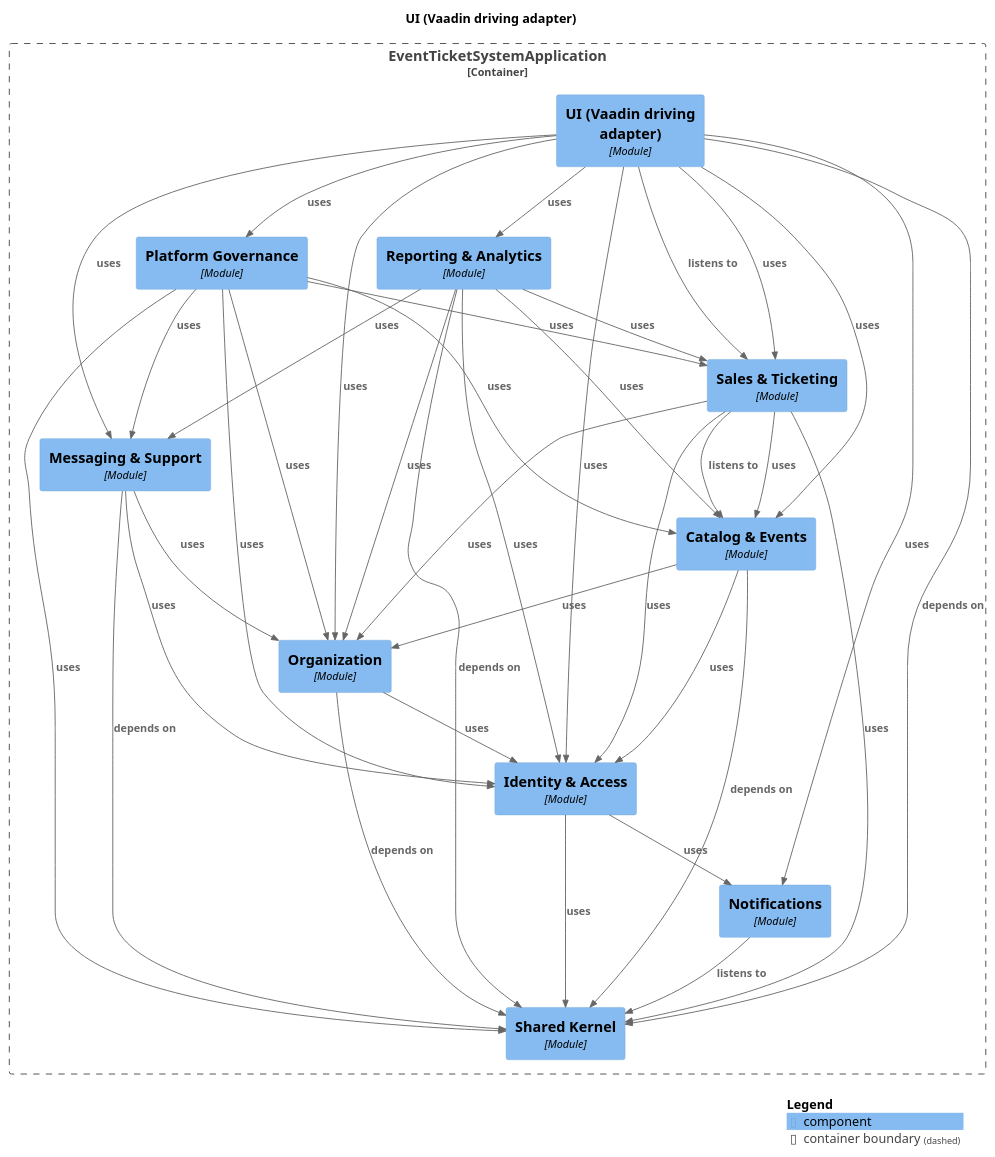
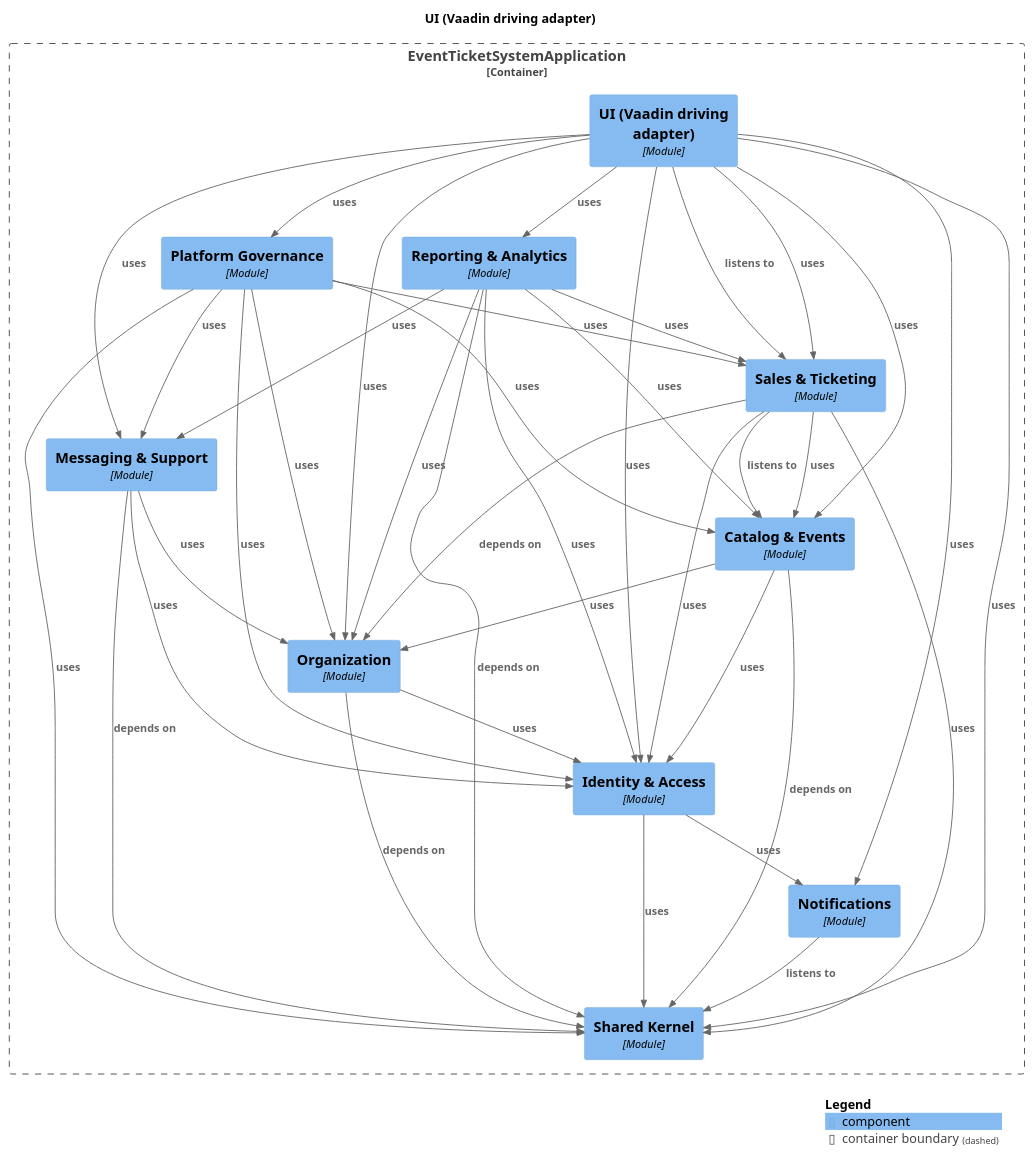
One commit to NaimElijah/Ticketeer changed the diagram in docs/architecture/module-ui.puml. Above: the diagram before and after it, drawn with PlantUML. The commit also changed 16 other files, not shown here.

First line of the commit message:
docs(architecture): refresh the Modulith snapshot

```diff
--- a/docs/architecture/module-ui.puml
+++ b/docs/architecture/module-ui.puml
@@ -1,64 +1,64 @@
 @startuml
 set separator none
 title UI (Vaadin driving adapter)
 
 top to bottom direction
 
 !include <C4/C4>
 !include <C4/C4_Context>
 !include <C4/C4_Component>
 
 Container_Boundary("EventTicketSystemApplication.EventTicketSystemApplication_boundary", "EventTicketSystemApplication", $tags="") {
   Component(EventTicketSystemApplication.EventTicketSystemApplication.PlatformGovernance, "Platform Governance", $techn="Module", $descr="", $tags="", $link="")
   Component(EventTicketSystemApplication.EventTicketSystemApplication.ReportingAnalytics, "Reporting & Analytics", $techn="Module", $descr="", $tags="", $link="")
   Component(EventTicketSystemApplication.EventTicketSystemApplication.UIVaadindrivingadapter, "UI (Vaadin driving adapter)", $techn="Module", $descr="", $tags="", $link="")
   Component(EventTicketSystemApplication.EventTicketSystemApplication.SharedKernel, "Shared Kernel", $techn="Module", $descr="", $tags="", $link="")
   Component(EventTicketSystemApplication.EventTicketSystemApplication.Notifications, "Notifications", $techn="Module", $descr="", $tags="", $link="")
   Component(EventTicketSystemApplication.EventTicketSystemApplication.IdentityAccess, "Identity & Access", $techn="Module", $descr="", $tags="", $link="")
   Component(EventTicketSystemApplication.EventTicketSystemApplication.Organization, "Organization", $techn="Module", $descr="", $tags="", $link="")
   Component(EventTicketSystemApplication.EventTicketSystemApplication.CatalogEvents, "Catalog & Events", $techn="Module", $descr="", $tags="", $link="")
   Component(EventTicketSystemApplication.EventTicketSystemApplication.MessagingSupport, "Messaging & Support", $techn="Module", $descr="", $tags="", $link="")
   Component(EventTicketSystemApplication.EventTicketSystemApplication.SalesTicketing, "Sales & Ticketing", $techn="Module", $descr="", $tags="", $link="")
 }
 
-Rel(EventTicketSystemApplication.EventTicketSystemApplication.CatalogEvents, EventTicketSystemApplication.EventTicketSystemApplication.SharedKernel, "depends on", $techn="", $tags="", $link="")
-Rel(EventTicketSystemApplication.EventTicketSystemApplication.CatalogEvents, EventTicketSystemApplication.EventTicketSystemApplication.IdentityAccess, "uses", $techn="", $tags="", $link="")
-Rel(EventTicketSystemApplication.EventTicketSystemApplication.CatalogEvents, EventTicketSystemApplication.EventTicketSystemApplication.Organization, "uses", $techn="", $tags="", $link="")
+Rel(EventTicketSystemApplication.EventTicketSystemApplication.SalesTicketing, EventTicketSystemApplication.EventTicketSystemApplication.IdentityAccess, "uses", $techn="", $tags="", $link="")
+Rel(EventTicketSystemApplication.EventTicketSystemApplication.Notifications, EventTicketSystemApplication.EventTicketSystemApplication.SharedKernel, "listens to", $techn="", $tags="", $link="")
 Rel(EventTicketSystemApplication.EventTicketSystemApplication.PlatformGovernance, EventTicketSystemApplication.EventTicketSystemApplication.IdentityAccess, "uses", $techn="", $tags="", $link="")
 Rel(EventTicketSystemApplication.EventTicketSystemApplication.PlatformGovernance, EventTicketSystemApplication.EventTicketSystemApplication.SalesTicketing, "uses", $techn="", $tags="", $link="")
 Rel(EventTicketSystemApplication.EventTicketSystemApplication.PlatformGovernance, EventTicketSystemApplication.EventTicketSystemApplication.CatalogEvents, "uses", $techn="", $tags="", $link="")
 Rel(EventTicketSystemApplication.EventTicketSystemApplication.PlatformGovernance, EventTicketSystemApplication.EventTicketSystemApplication.Organization, "uses", $techn="", $tags="", $link="")
 Rel(EventTicketSystemApplication.EventTicketSystemApplication.PlatformGovernance, EventTicketSystemApplication.EventTicketSystemApplication.SharedKernel, "uses", $techn="", $tags="", $link="")
 Rel(EventTicketSystemApplication.EventTicketSystemApplication.PlatformGovernance, EventTicketSystemApplication.EventTicketSystemApplication.MessagingSupport, "uses", $techn="", $tags="", $link="")
+Rel(EventTicketSystemApplication.EventTicketSystemApplication.Organization, EventTicketSystemApplication.EventTicketSystemApplication.SharedKernel, "depends on", $techn="", $tags="", $link="")
+Rel(EventTicketSystemApplication.EventTicketSystemApplication.Organization, EventTicketSystemApplication.EventTicketSystemApplication.IdentityAccess, "uses", $techn="", $tags="", $link="")
 Rel(EventTicketSystemApplication.EventTicketSystemApplication.MessagingSupport, EventTicketSystemApplication.EventTicketSystemApplication.SharedKernel, "depends on", $techn="", $tags="", $link="")
 Rel(EventTicketSystemApplication.EventTicketSystemApplication.MessagingSupport, EventTicketSystemApplication.EventTicketSystemApplication.IdentityAccess, "uses", $techn="", $tags="", $link="")
 Rel(EventTicketSystemApplication.EventTicketSystemApplication.MessagingSupport, EventTicketSystemApplication.EventTicketSystemApplication.Organization, "uses", $techn="", $tags="", $link="")
-Rel(EventTicketSystemApplication.EventTicketSystemApplication.SalesTicketing, EventTicketSystemApplication.EventTicketSystemApplication.CatalogEvents, "listens to", $techn="", $tags="", $link="")
-Rel(EventTicketSystemApplication.EventTicketSystemApplication.SalesTicketing, EventTicketSystemApplication.EventTicketSystemApplication.SharedKernel, "uses", $techn="", $tags="", $link="")
-Rel(EventTicketSystemApplication.EventTicketSystemApplication.SalesTicketing, EventTicketSystemApplication.EventTicketSystemApplication.CatalogEvents, "uses", $techn="", $tags="", $link="")
-Rel(EventTicketSystemApplication.EventTicketSystemApplication.SalesTicketing, EventTicketSystemApplication.EventTicketSystemApplication.IdentityAccess, "uses", $techn="", $tags="", $link="")
-Rel(EventTicketSystemApplication.EventTicketSystemApplication.SalesTicketing, EventTicketSystemApplication.EventTicketSystemApplication.Organization, "uses", $techn="", $tags="", $link="")
-Rel(EventTicketSystemApplication.EventTicketSystemApplication.IdentityAccess, EventTicketSystemApplication.EventTicketSystemApplication.Notifications, "uses", $techn="", $tags="", $link="")
-Rel(EventTicketSystemApplication.EventTicketSystemApplication.IdentityAccess, EventTicketSystemApplication.EventTicketSystemApplication.SharedKernel, "uses", $techn="", $tags="", $link="")
-Rel(EventTicketSystemApplication.EventTicketSystemApplication.Notifications, EventTicketSystemApplication.EventTicketSystemApplication.SharedKernel, "listens to", $techn="", $tags="", $link="")
-Rel(EventTicketSystemApplication.EventTicketSystemApplication.Organization, EventTicketSystemApplication.EventTicketSystemApplication.SharedKernel, "depends on", $techn="", $tags="", $link="")
-Rel(EventTicketSystemApplication.EventTicketSystemApplication.Organization, EventTicketSystemApplication.EventTicketSystemApplication.IdentityAccess, "uses", $techn="", $tags="", $link="")
 Rel(EventTicketSystemApplication.EventTicketSystemApplication.ReportingAnalytics, EventTicketSystemApplication.EventTicketSystemApplication.SharedKernel, "depends on", $techn="", $tags="", $link="")
 Rel(EventTicketSystemApplication.EventTicketSystemApplication.ReportingAnalytics, EventTicketSystemApplication.EventTicketSystemApplication.CatalogEvents, "uses", $techn="", $tags="", $link="")
 Rel(EventTicketSystemApplication.EventTicketSystemApplication.ReportingAnalytics, EventTicketSystemApplication.EventTicketSystemApplication.SalesTicketing, "uses", $techn="", $tags="", $link="")
 Rel(EventTicketSystemApplication.EventTicketSystemApplication.ReportingAnalytics, EventTicketSystemApplication.EventTicketSystemApplication.MessagingSupport, "uses", $techn="", $tags="", $link="")
 Rel(EventTicketSystemApplication.EventTicketSystemApplication.ReportingAnalytics, EventTicketSystemApplication.EventTicketSystemApplication.Organization, "uses", $techn="", $tags="", $link="")
 Rel(EventTicketSystemApplication.EventTicketSystemApplication.ReportingAnalytics, EventTicketSystemApplication.EventTicketSystemApplication.IdentityAccess, "uses", $techn="", $tags="", $link="")
 Rel(EventTicketSystemApplication.EventTicketSystemApplication.UIVaadindrivingadapter, EventTicketSystemApplication.EventTicketSystemApplication.SalesTicketing, "listens to", $techn="", $tags="", $link="")
-Rel(EventTicketSystemApplication.EventTicketSystemApplication.UIVaadindrivingadapter, EventTicketSystemApplication.EventTicketSystemApplication.SharedKernel, "depends on", $techn="", $tags="", $link="")
 Rel(EventTicketSystemApplication.EventTicketSystemApplication.UIVaadindrivingadapter, EventTicketSystemApplication.EventTicketSystemApplication.SalesTicketing, "uses", $techn="", $tags="", $link="")
 Rel(EventTicketSystemApplication.EventTicketSystemApplication.UIVaadindrivingadapter, EventTicketSystemApplication.EventTicketSystemApplication.IdentityAccess, "uses", $techn="", $tags="", $link="")
+Rel(EventTicketSystemApplication.EventTicketSystemApplication.UIVaadindrivingadapter, EventTicketSystemApplication.EventTicketSystemApplication.PlatformGovernance, "uses", $techn="", $tags="", $link="")
 Rel(EventTicketSystemApplication.EventTicketSystemApplication.UIVaadindrivingadapter, EventTicketSystemApplication.EventTicketSystemApplication.ReportingAnalytics, "uses", $techn="", $tags="", $link="")
 Rel(EventTicketSystemApplication.EventTicketSystemApplication.UIVaadindrivingadapter, EventTicketSystemApplication.EventTicketSystemApplication.Organization, "uses", $techn="", $tags="", $link="")
-Rel(EventTicketSystemApplication.EventTicketSystemApplication.UIVaadindrivingadapter, EventTicketSystemApplication.EventTicketSystemApplication.PlatformGovernance, "uses", $techn="", $tags="", $link="")
 Rel(EventTicketSystemApplication.EventTicketSystemApplication.UIVaadindrivingadapter, EventTicketSystemApplication.EventTicketSystemApplication.CatalogEvents, "uses", $techn="", $tags="", $link="")
+Rel(EventTicketSystemApplication.EventTicketSystemApplication.UIVaadindrivingadapter, EventTicketSystemApplication.EventTicketSystemApplication.SharedKernel, "uses", $techn="", $tags="", $link="")
 Rel(EventTicketSystemApplication.EventTicketSystemApplication.UIVaadindrivingadapter, EventTicketSystemApplication.EventTicketSystemApplication.MessagingSupport, "uses", $techn="", $tags="", $link="")
 Rel(EventTicketSystemApplication.EventTicketSystemApplication.UIVaadindrivingadapter, EventTicketSystemApplication.EventTicketSystemApplication.Notifications, "uses", $techn="", $tags="", $link="")
+Rel(EventTicketSystemApplication.EventTicketSystemApplication.CatalogEvents, EventTicketSystemApplication.EventTicketSystemApplication.SharedKernel, "depends on", $techn="", $tags="", $link="")
+Rel(EventTicketSystemApplication.EventTicketSystemApplication.CatalogEvents, EventTicketSystemApplication.EventTicketSystemApplication.IdentityAccess, "uses", $techn="", $tags="", $link="")
+Rel(EventTicketSystemApplication.EventTicketSystemApplication.CatalogEvents, EventTicketSystemApplication.EventTicketSystemApplication.Organization, "uses", $techn="", $tags="", $link="")
+Rel(EventTicketSystemApplication.EventTicketSystemApplication.IdentityAccess, EventTicketSystemApplication.EventTicketSystemApplication.Notifications, "uses", $techn="", $tags="", $link="")
+Rel(EventTicketSystemApplication.EventTicketSystemApplication.IdentityAccess, EventTicketSystemApplication.EventTicketSystemApplication.SharedKernel, "uses", $techn="", $tags="", $link="")
+Rel(EventTicketSystemApplication.EventTicketSystemApplication.SalesTicketing, EventTicketSystemApplication.EventTicketSystemApplication.CatalogEvents, "listens to", $techn="", $tags="", $link="")
+Rel(EventTicketSystemApplication.EventTicketSystemApplication.SalesTicketing, EventTicketSystemApplication.EventTicketSystemApplication.Organization, "depends on", $techn="", $tags="", $link="")
+Rel(EventTicketSystemApplication.EventTicketSystemApplication.SalesTicketing, EventTicketSystemApplication.EventTicketSystemApplication.SharedKernel, "uses", $techn="", $tags="", $link="")
+Rel(EventTicketSystemApplication.EventTicketSystemApplication.SalesTicketing, EventTicketSystemApplication.EventTicketSystemApplication.CatalogEvents, "uses", $techn="", $tags="", $link="")
 
 SHOW_LEGEND(true)
 @enduml
```
